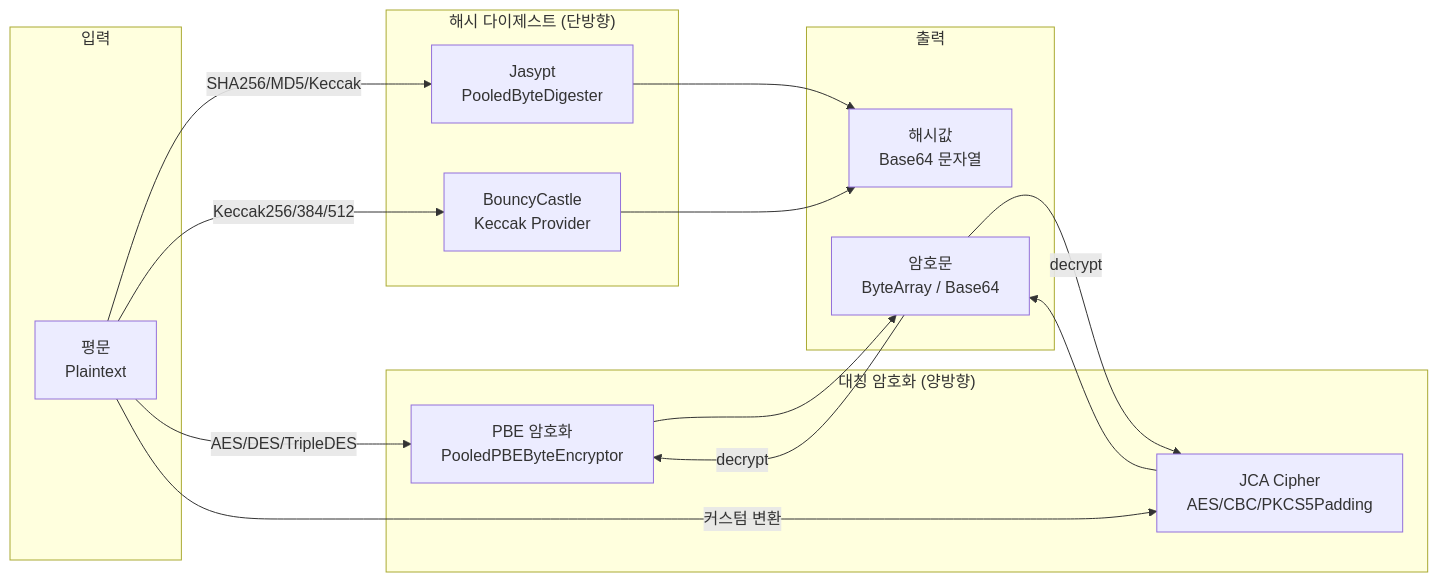
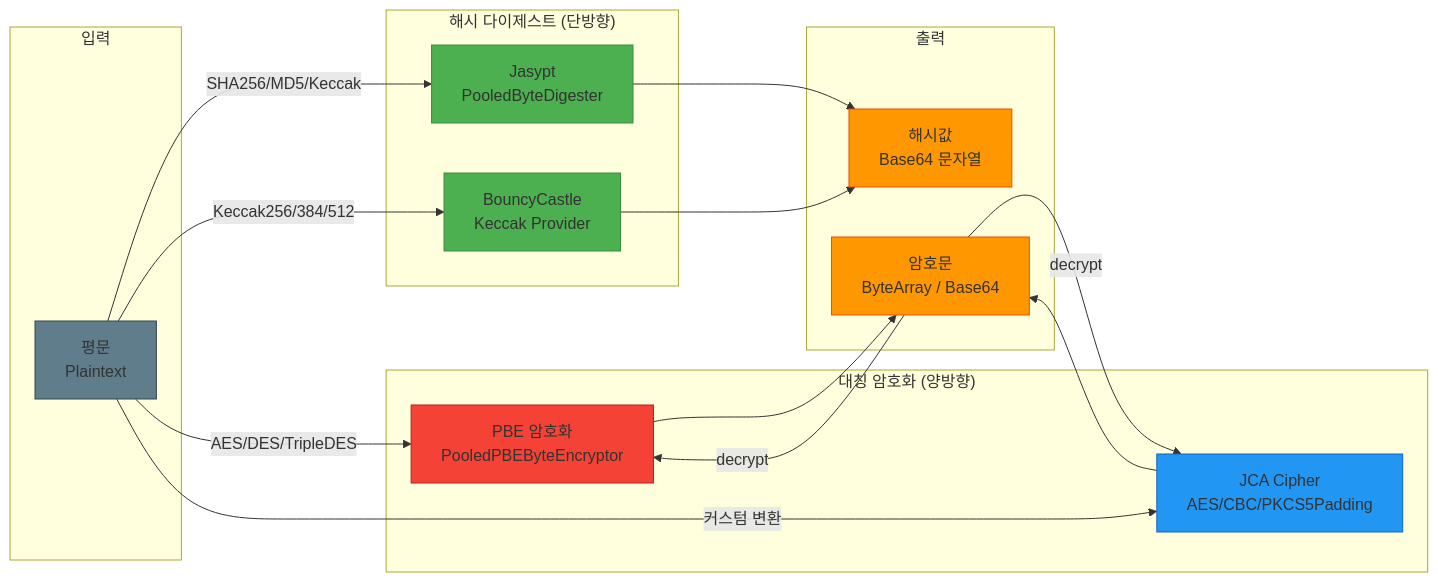
One commit to bluetape4k/bluetape4k-projects changed the second of 2 diagrams in io/crypto/README.md. Above: the diagram before and after it, drawn with Mermaid. The commit also changed other lines of this file and 28 other files, not shown here.

First line of the commit message:
docs: 전체 모듈 README 색상 Mermaid UML 다이어그램 추가 완료

````diff
--- a/io/crypto/README.md
+++ b/io/crypto/README.md
@@ -197,28 +203,36 @@
 ```mermaid
 flowchart LR
     subgraph 입력
         P[평문<br/>Plaintext]
     end
 
     subgraph Digest["해시 다이제스트 (단방향)"]
         D1[Jasypt<br/>PooledByteDigester]
         D2[BouncyCastle<br/>Keccak Provider]
     end
 
     subgraph Encrypt["대칭 암호화 (양방향)"]
         E1[PBE 암호화<br/>PooledPBEByteEncryptor]
         E2[JCA Cipher<br/>AES/CBC/PKCS5Padding]
     end
 
     subgraph 출력
         H[해시값<br/>Base64 문자열]
         C[암호문<br/>ByteArray / Base64]
     end
 
     P -->|SHA256/MD5/Keccak| D1 --> H
     P -->|Keccak256/384/512| D2 --> H
     P -->|AES/DES/TripleDES| E1 --> C
     P -->|커스텀 변환| E2 --> C
     C -->|decrypt| E1
     C -->|decrypt| E2
+
+    style P fill:#607D8B,stroke:#37474F
+    style D1 fill:#4CAF50,stroke:#388E3C
+    style D2 fill:#4CAF50,stroke:#388E3C
+    style E1 fill:#F44336,stroke:#B71C1C
+    style E2 fill:#2196F3,stroke:#1565C0
+    style H fill:#FF9800,stroke:#E65100
+    style C fill:#FF9800,stroke:#E65100
 ```
````
